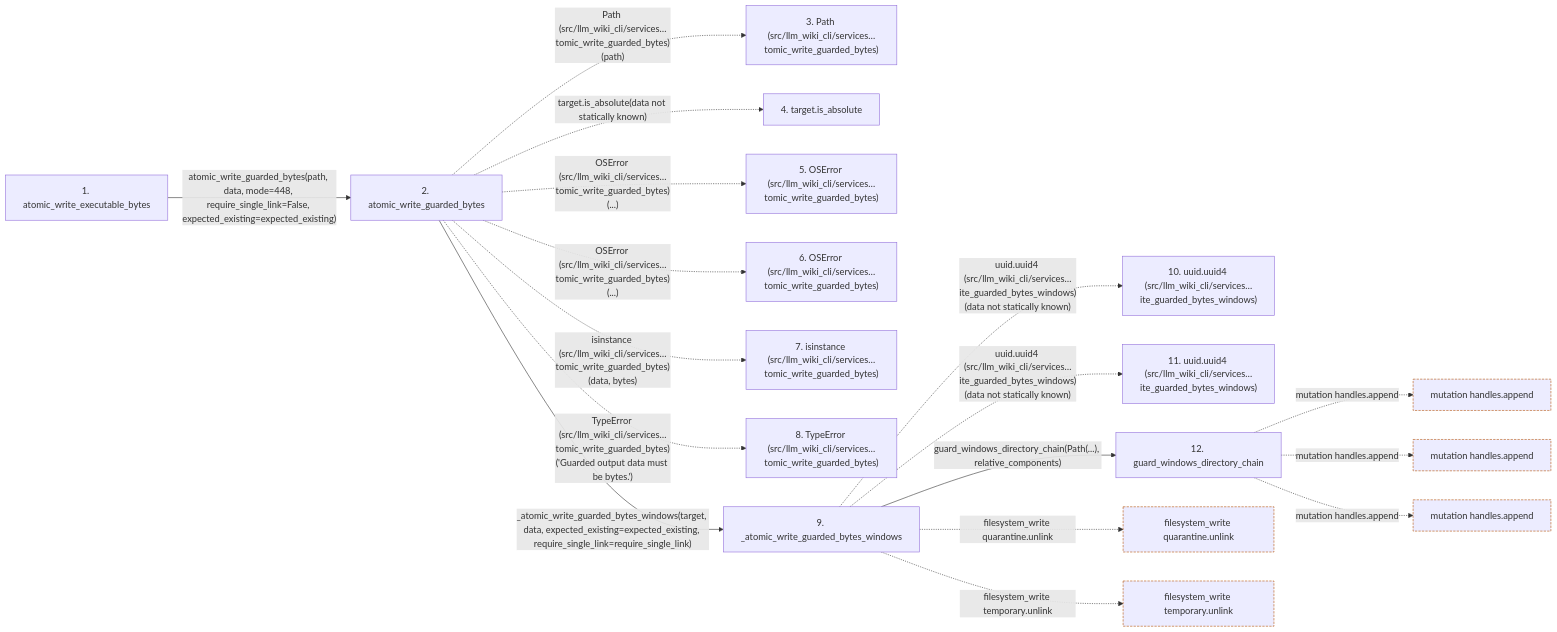
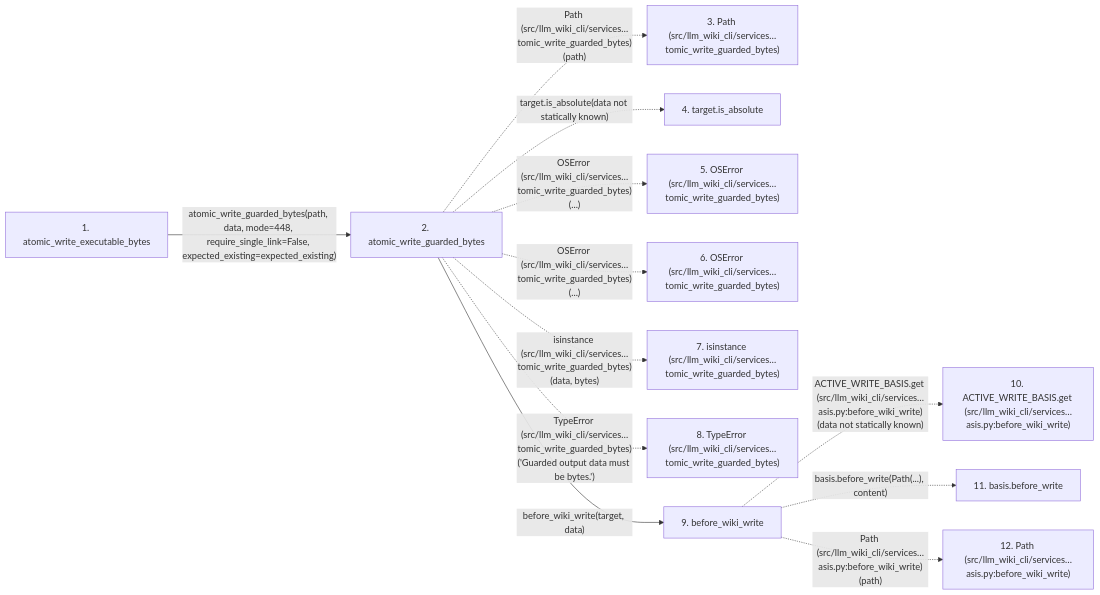
One commit to Denissvgn/python-wiki-llm changed the second of 2 diagrams in docs/llm_wiki/flows/api-atomic_write_executable_bytes.md. Above: the diagram before and after it, drawn with Mermaid. The commit also changed other lines of this file and 1410 other files, not shown here.

````diff
--- a/docs/llm_wiki/flows/api-atomic_write_executable_bytes.md
+++ b/docs/llm_wiki/flows/api-atomic_write_executable_bytes.md
@@ -77,46 +97,29 @@
 ```mermaid
 flowchart LR
     s1["1. atomic_write_executable_bytes"]
     s2["2. atomic_write_guarded_bytes"]
     s3["3. Path (src/llm_wiki_cli/services…tomic_write_guarded_bytes)"]
     s4["4. target.is_absolute"]
     s5["5. OSError (src/llm_wiki_cli/services…tomic_write_guarded_bytes)"]
     s6["6. OSError (src/llm_wiki_cli/services…tomic_write_guarded_bytes)"]
     s7["7. isinstance (src/llm_wiki_cli/services…tomic_write_guarded_bytes)"]
     s8["8. TypeError (src/llm_wiki_cli/services…tomic_write_guarded_bytes)"]
-    s9["9. _atomic_write_guarded_bytes_windows"]
-    s10["10. uuid.uuid4 (src/llm_wiki_cli/services…ite_guarded_bytes_windows)"]
-    s11["11. uuid.uuid4 (src/llm_wiki_cli/services…ite_guarded_bytes_windows)"]
-    s12["12. guard_windows_directory_chain"]
+    s9["9. before_wiki_write"]
+    s10["10. ACTIVE_WRITE_BASIS.get (src/llm_wiki_cli/services…asis.py:before_wiki_write)"]
+    s11["11. basis.before_write"]
+    s12["12. Path (src/llm_wiki_cli/services…asis.py:before_wiki_write)"]
     s1 -->|"atomic_write_guarded_bytes(path, data, mode=448, require_single_link=False, expected_existing=expected_existing)"| s2
     s2 -. "Path (src/llm_wiki_cli/services…tomic_write_guarded_bytes)(path)" .-> s3
     s2 -. "target.is_absolute(data not statically known)" .-> s4
     s2 -. "OSError (src/llm_wiki_cli/services…tomic_write_guarded_bytes)(...)" .-> s5
     s2 -. "OSError (src/llm_wiki_cli/services…tomic_write_guarded_bytes)(...)" .-> s6
     s2 -. "isinstance (src/llm_wiki_cli/services…tomic_write_guarded_bytes)(data, bytes)" .-> s7
     s2 -. "TypeError (src/llm_wiki_cli/services…tomic_write_guarded_bytes)('Guarded output data must be bytes.')" .-> s8
-    s2 -->|"_atomic_write_guarded_bytes_windows(target, data, expected_existing=expected_existing, require_single_link=require_single_link)"| s9
-    s9 -. "uuid.uuid4 (src/llm_wiki_cli/services…ite_guarded_bytes_windows)(data not statically known)" .-> s10
-    s9 -. "uuid.uuid4 (src/llm_wiki_cli/services…ite_guarded_bytes_windows)(data not statically known)" .-> s11
-    s9 -->|"guard_windows_directory_chain(Path(...), relative_components)"| s12
-    b0["filesystem_write quarantine.unlink"]
-    s9 -. "filesystem_write quarantine.unlink" .-> b0
-    b1["filesystem_write temporary.unlink"]
-    s9 -. "filesystem_write temporary.unlink" .-> b1
-    b2["mutation handles.append"]
-    s12 -. "mutation handles.append" .-> b2
-    b3["mutation handles.append"]
-    s12 -. "mutation handles.append" .-> b3
-    b4["mutation handles.append"]
-    s12 -. "mutation handles.append" .-> b4
+    s2 -->|"before_wiki_write(target, data)"| s9
+    s9 -. "ACTIVE_WRITE_BASIS.get (src/llm_wiki_cli/services…asis.py:before_wiki_write)(data not statically known)" .-> s10
+    s9 -. "basis.before_write(Path(...), content)" .-> s11
+    s9 -. "Path (src/llm_wiki_cli/services…asis.py:before_wiki_write)(path)" .-> s12
     click s1 "../modules/filesystem_guard.md"
     click s2 "../modules/filesystem_guard.md"
-    click s9 "../modules/filesystem_guard.md"
-    click s12 "../modules/filesystem_guard.md"
-    classDef boundary stroke:#b45309,stroke-dasharray: 4 2
-    class b0 boundary
-    class b1 boundary
-    class b2 boundary
-    class b3 boundary
-    class b4 boundary
+    click s9 "../modules/wiki_write_basis.md"
 ```
````
